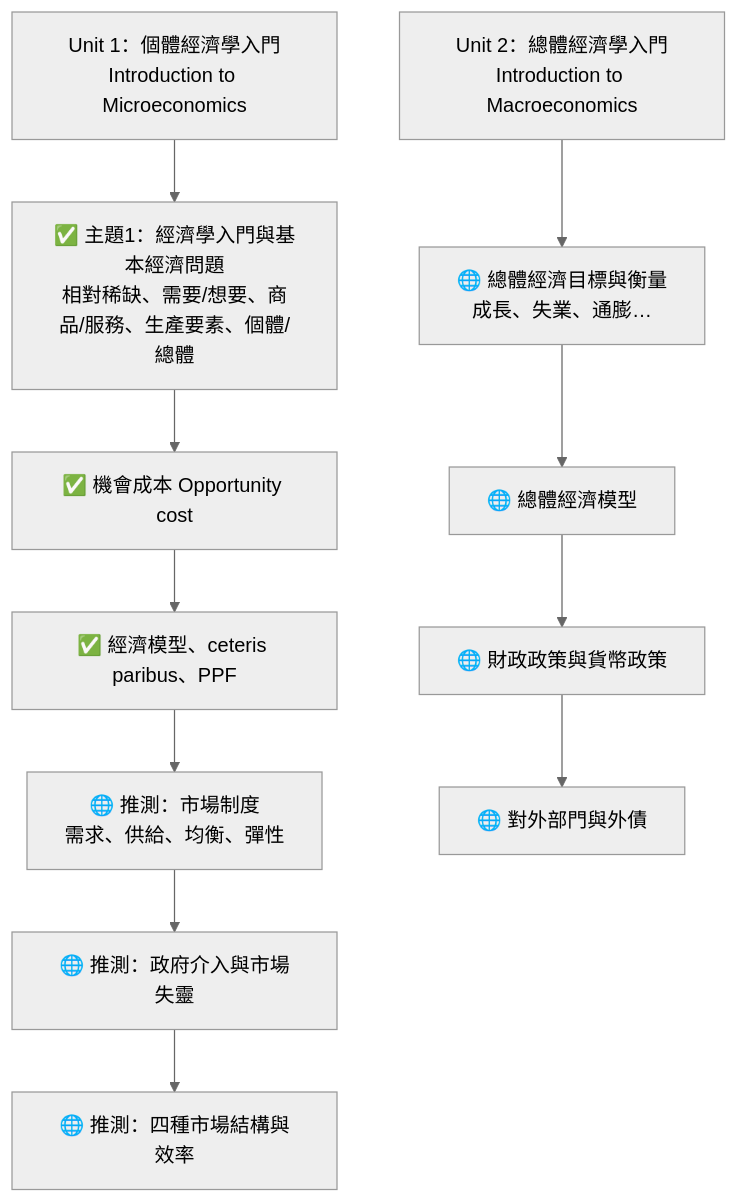
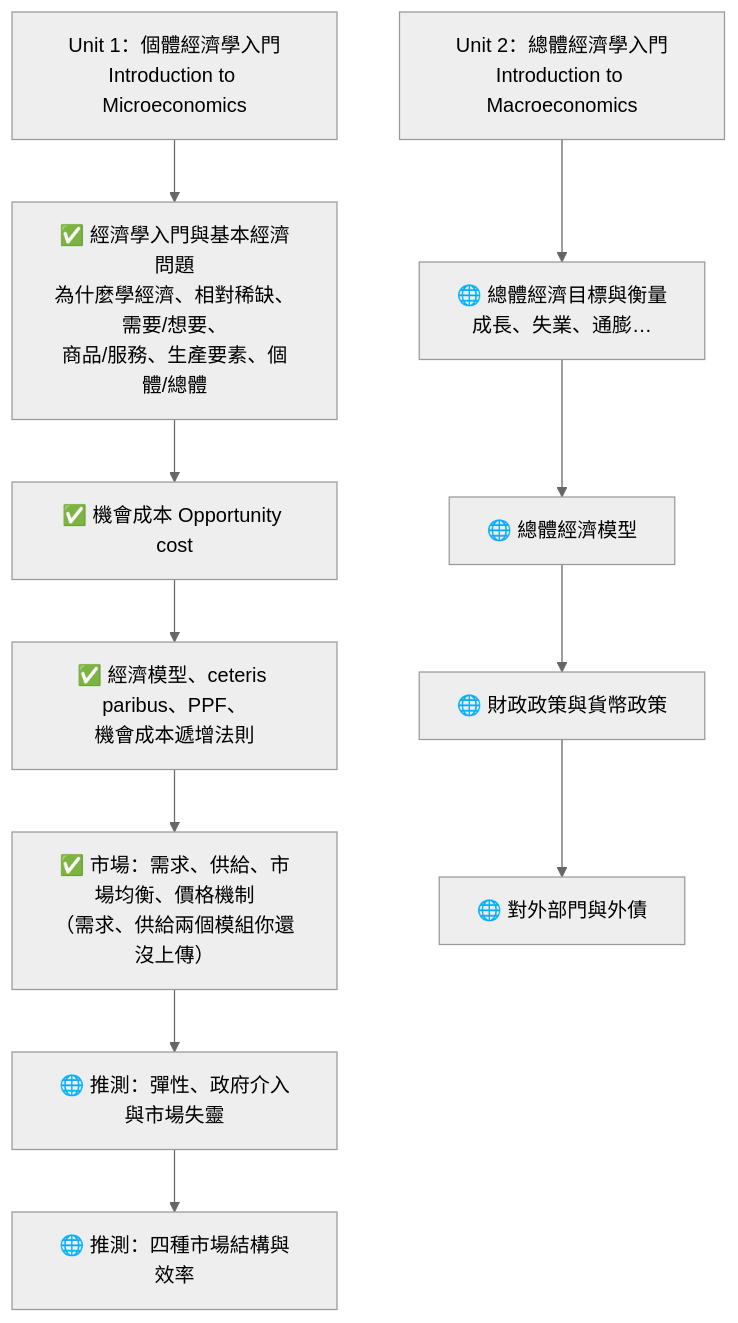
Before and after one commit to Eric17-dot/Eric1: the first of 2 diagrams in MUFY_Economics/README.md, drawn with Mermaid (neutral theme). The commit also changed other lines of this file, not shown here.

````diff
--- a/MUFY_Economics/README.md
+++ b/MUFY_Economics/README.md
@@ -90,13 +111,13 @@
 ```mermaid
 flowchart TD
-    A["Unit 1：個體經濟學入門<br/>Introduction to Microeconomics"] --> T1["✅ 主題1：經濟學入門與基本經濟問題<br/>相對稀缺、需要/想要、商品/服務、生產要素、個體/總體"]
+    A["Unit 1：個體經濟學入門<br/>Introduction to Microeconomics"] --> T1["✅ 經濟學入門與基本經濟問題<br/>為什麼學經濟、相對稀缺、需要/想要、<br/>商品/服務、生產要素、個體/總體"]
     T1 --> T2["✅ 機會成本 Opportunity cost"]
-    T2 --> T3["✅ 經濟模型、ceteris paribus、PPF"]
-    T3 --> T4["🌐 推測：市場制度<br/>需求、供給、均衡、彈性"]
-    T4 --> T5["🌐 推測：政府介入與市場失靈"]
+    T2 --> T3["✅ 經濟模型、ceteris paribus、PPF、<br/>機會成本遞增法則"]
+    T3 --> T4["✅ 市場：需求、供給、市場均衡、價格機制<br/>（需求、供給兩個模組你還沒上傳）"]
+    T4 --> T5["🌐 推測：彈性、政府介入與市場失靈"]
     T5 --> T6["🌐 推測：四種市場結構與效率"]
     B["Unit 2：總體經濟學入門<br/>Introduction to Macroeconomics"] --> M1["🌐 總體經濟目標與衡量<br/>成長、失業、通膨…"]
     M1 --> M2["🌐 總體經濟模型"]
     M2 --> M3["🌐 財政政策與貨幣政策"]
     M3 --> M4["🌐 對外部門與外債"]
 ```
````
